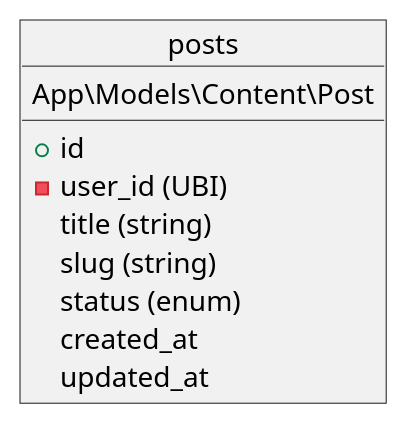
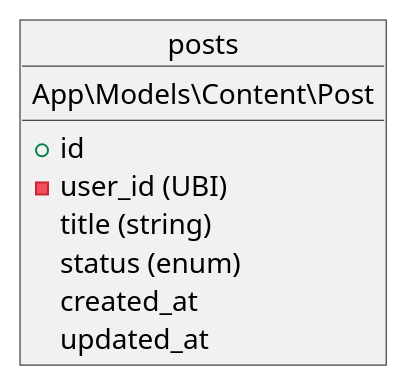
One commit to fesh-biz/7dab changed the diagram in info/database/tables/content/posts.puml. Above: the diagram before and after it, drawn with PlantUML. The commit also changed 8 other files, not shown here.

Commit message:
Rating system uml

```diff
--- a/info/database/tables/content/posts.puml
+++ b/info/database/tables/content/posts.puml
@@ -1,15 +1,14 @@
 @startuml
 object posts {
     App\Models\Content\Post
     __
     + id
     - user_id (UBI)
 
     title (string)
-    slug (string)
     status (enum)
 
     created_at
     updated_at
 }
 @enduml
```
